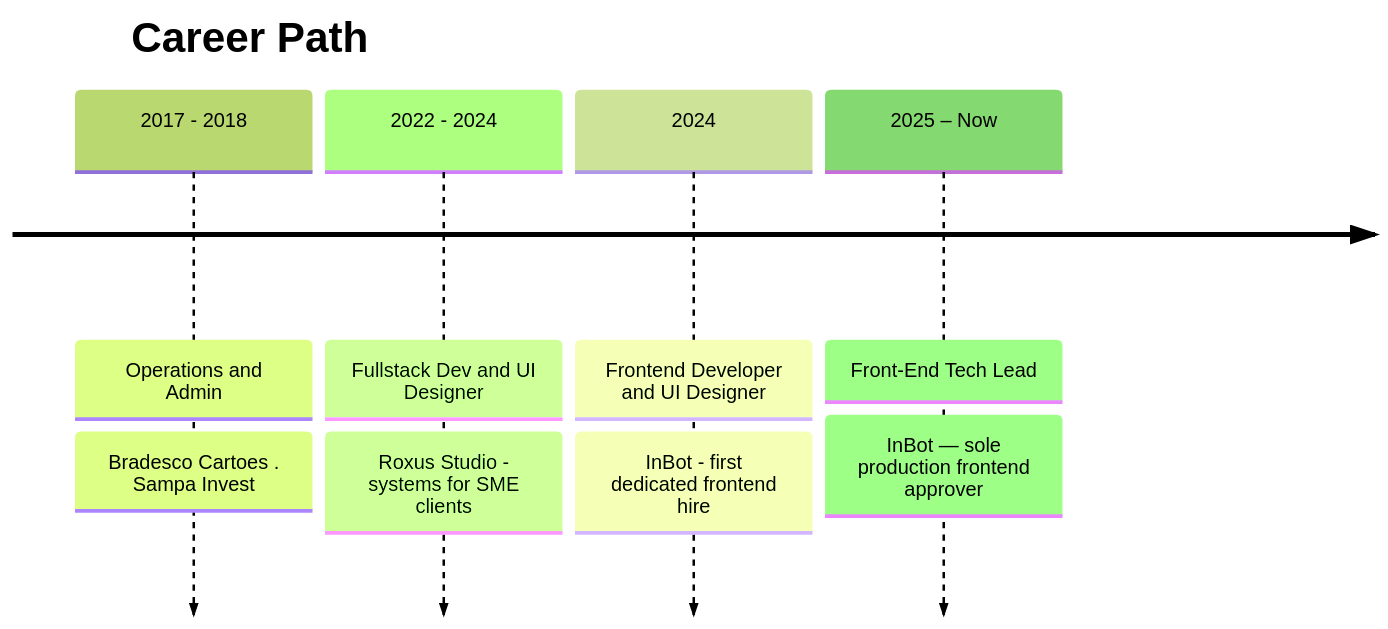
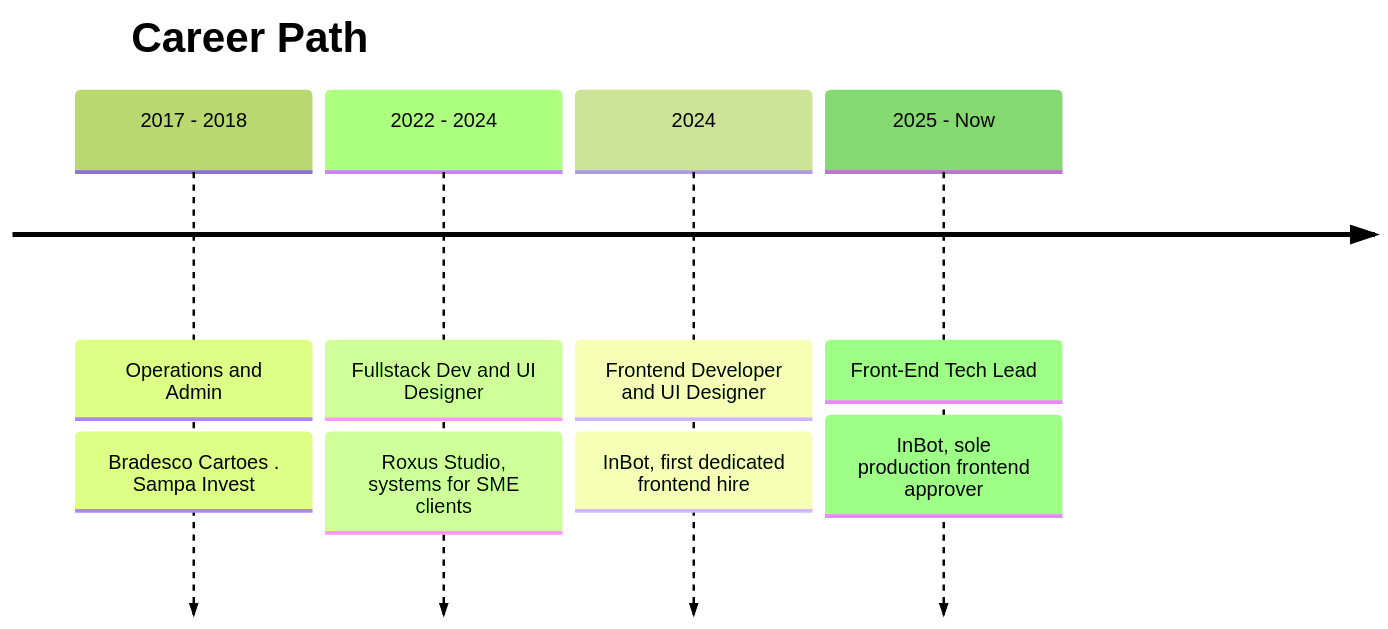
The third of 3 diagrams in README.md (MierzwaMatheus/MierzwaMatheus), drawn with Mermaid (forest theme) before and after one commit. The commit also changed other lines of this file, not shown here.

````diff
--- a/README.md
+++ b/README.md
@@ -171,8 +171,8 @@
 ```mermaid
 timeline
     title Career Path
     2017 - 2018 : Operations and Admin : Bradesco Cartoes . Sampa Invest
-    2022 - 2024 : Fullstack Dev and UI Designer : Roxus Studio - systems for SME clients
-    2024 : Frontend Developer and UI Designer : InBot - first dedicated frontend hire
-    2025 – Now : Front-End Tech Lead : InBot — sole production frontend approver
+    2022 - 2024 : Fullstack Dev and UI Designer : Roxus Studio, systems for SME clients
+    2024 : Frontend Developer and UI Designer : InBot, first dedicated frontend hire
+    2025 - Now : Front-End Tech Lead : InBot, sole production frontend approver
 ```
````
